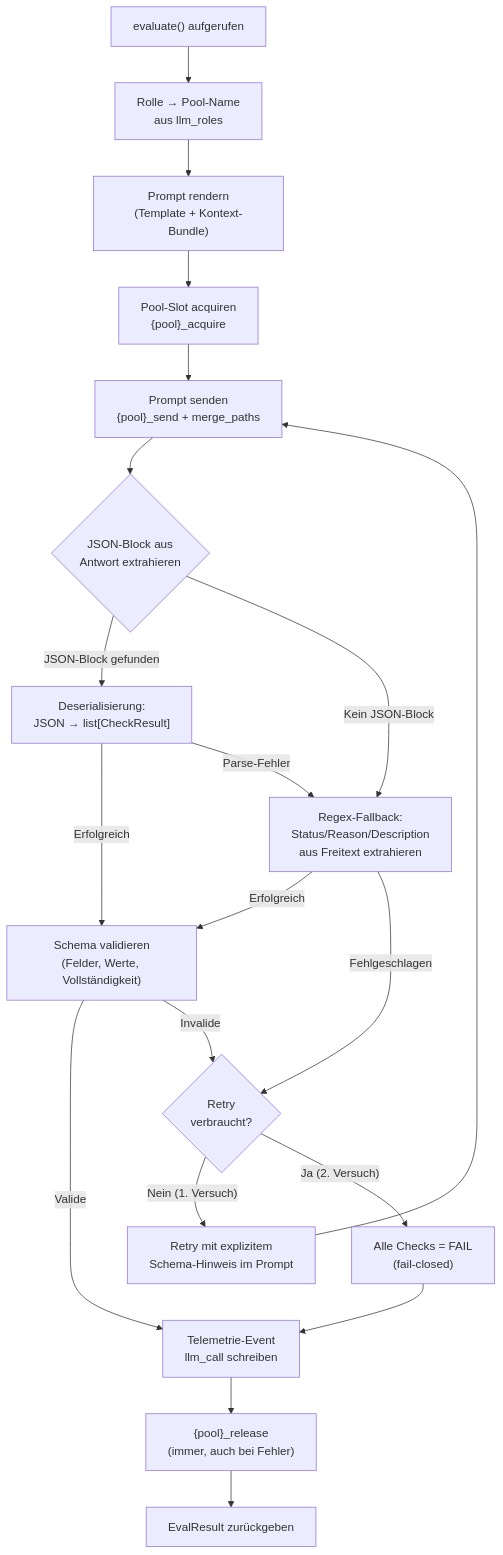
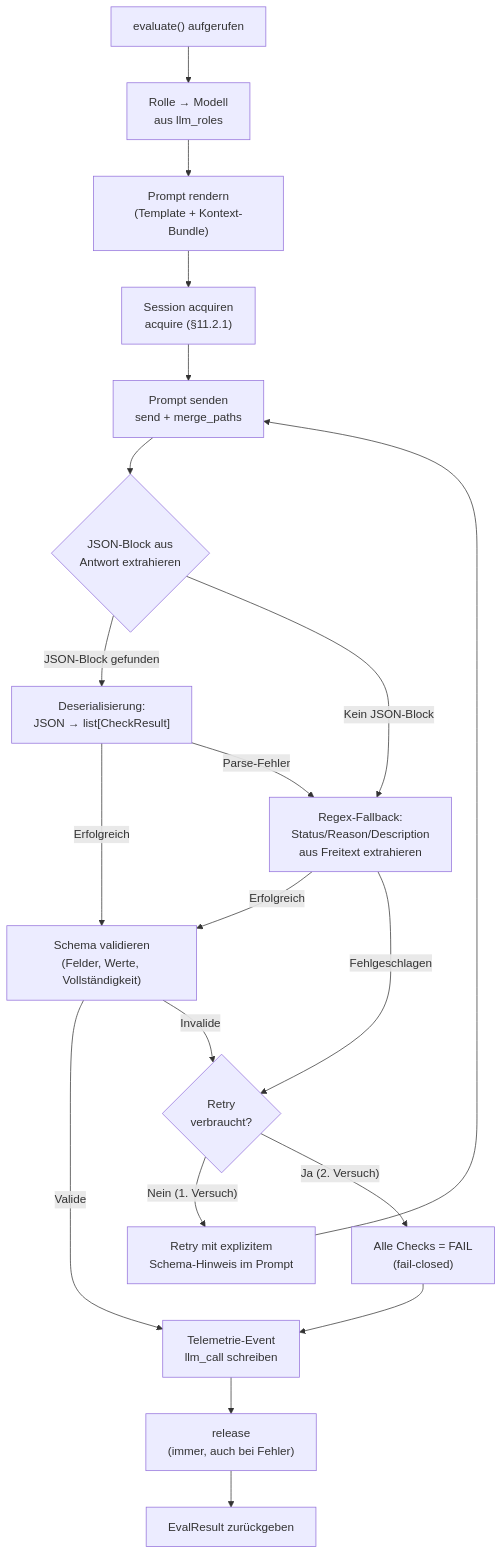
One commit to saltenhof/claude-agentkit3 changed the second of 2 diagrams in concept/technical-design/11_llm_provider_browser_pools_prompt_execution.md. Above: the diagram before and after it, drawn with Mermaid. The commit also changed other lines of this file and 33 other files, not shown here.

````diff
--- a/concept/technical-design/11_llm_provider_browser_pools_prompt_execution.md
+++ b/concept/technical-design/11_llm_provider_browser_pools_prompt_execution.md
@@ -281,28 +268,28 @@
 ```mermaid
 flowchart TD
-    START["evaluate() aufgerufen"] --> RESOLVE["Rolle → Pool-Name<br/>aus llm_roles"]
+    START["evaluate() aufgerufen"] --> RESOLVE["Rolle → Modell<br/>aus llm_roles"]
     RESOLVE --> RENDER["Prompt rendern<br/>(Template + Kontext-Bundle)"]
-    RENDER --> ACQ["Pool-Slot acquiren<br/>{pool}_acquire"]
-    ACQ --> SEND["Prompt senden<br/>{pool}_send + merge_paths"]
+    RENDER --> ACQ["Session acquiren<br/>acquire (§11.2.1)"]
+    ACQ --> SEND["Prompt senden<br/>send + merge_paths"]
     SEND --> EXTRACT{"JSON-Block aus<br/>Antwort extrahieren"}
 
     EXTRACT -->|"JSON-Block gefunden"| DESER["Deserialisierung:<br/>JSON → list[CheckResult]"]
     EXTRACT -->|"Kein JSON-Block"| REGEX["Regex-Fallback:<br/>Status/Reason/Description<br/>aus Freitext extrahieren"]
 
     DESER -->|"Erfolgreich"| VALIDATE["Schema validieren<br/>(Felder, Werte, Vollständigkeit)"]
     DESER -->|"Parse-Fehler"| REGEX
 
     REGEX -->|"Erfolgreich"| VALIDATE
     REGEX -->|"Fehlgeschlagen"| RETRY{"Retry<br/>verbraucht?"}
 
     VALIDATE -->|"Valide"| TELEM["Telemetrie-Event<br/>llm_call schreiben"]
     VALIDATE -->|"Invalide"| RETRY
 
     RETRY -->|"Nein (1. Versuch)"| RETRY_SEND["Retry mit explizitem<br/>Schema-Hinweis im Prompt"]
     RETRY_SEND --> SEND
     RETRY -->|"Ja (2. Versuch)"| FAIL_CLOSED["Alle Checks = FAIL<br/>(fail-closed)"]
 
     FAIL_CLOSED --> TELEM
-    TELEM --> RELEASE["{pool}_release<br/>(immer, auch bei Fehler)"]
+    TELEM --> RELEASE["release<br/>(immer, auch bei Fehler)"]
     RELEASE --> RESULT["EvalResult zurückgeben"]
 ```
````
